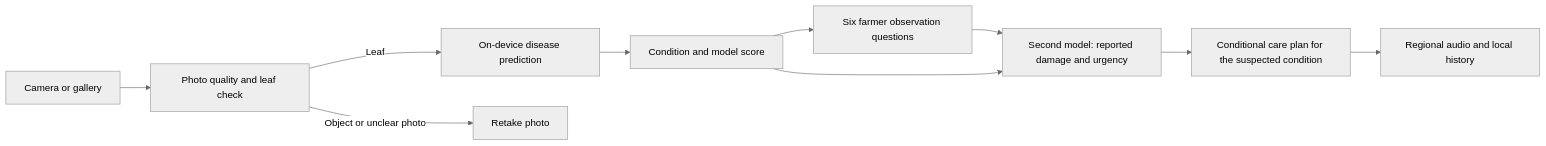
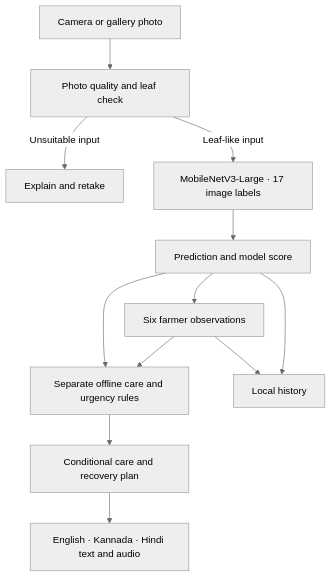
Before and after one commit to salecha-codes/Build_Beyond: the diagram in README.md, drawn with Mermaid (neutral theme). The commit also changed other lines of this file, not shown here.

````diff
--- a/README.md
+++ b/README.md
@@ -13,12 +40,14 @@
 ```mermaid
-flowchart LR
-    A[Camera or gallery] --> B[Photo quality and leaf check]
-    B -->|Leaf| C[On-device disease prediction]
-    B -->|Object or unclear photo| D[Retake photo]
-    C --> E[Condition and model score]
-    E --> F[Six farmer observation questions]
-    F --> H[Second model: reported damage and urgency]
-    E --> H
-    H --> I[Conditional care plan for the suspected condition]
-    I --> G[Regional audio and local history]
+flowchart TD
+    A[Camera or gallery photo] --> B[Photo quality and leaf check]
+    B -->|Unsuitable input| C[Explain and retake]
+    B -->|Leaf-like input| D[MobileNetV3-Large · 17 image labels]
+    D --> E[Prediction and model score]
+    E --> F[Six farmer observations]
+    F --> G[Separate offline care and urgency rules]
+    E --> G
+    G --> H[Conditional care and recovery plan]
+    H --> I[English · Kannada · Hindi text and audio]
+    E --> J[Local history]
+    F --> J
 ```
````
